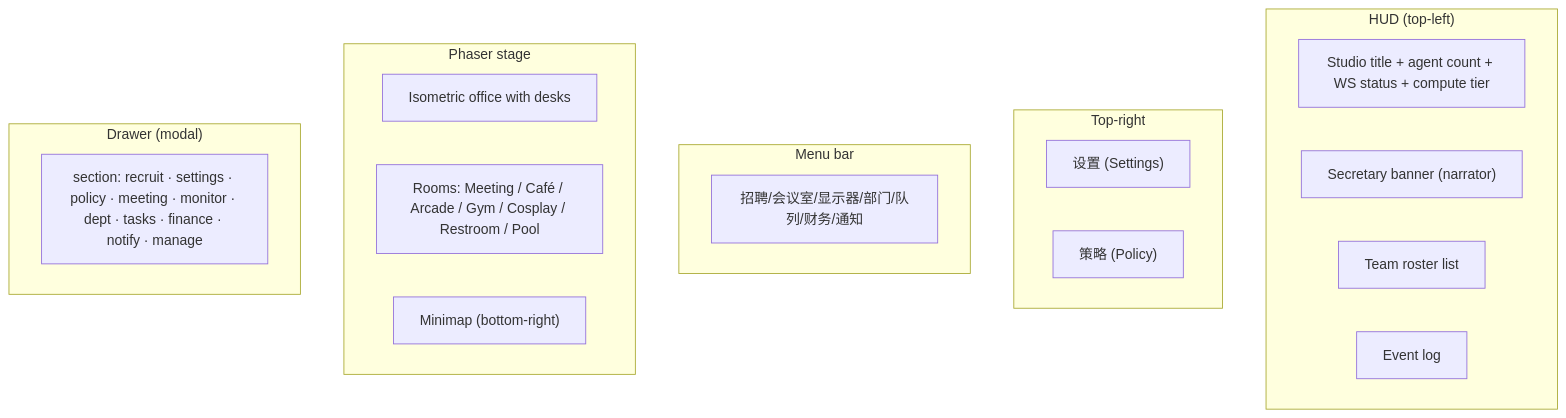
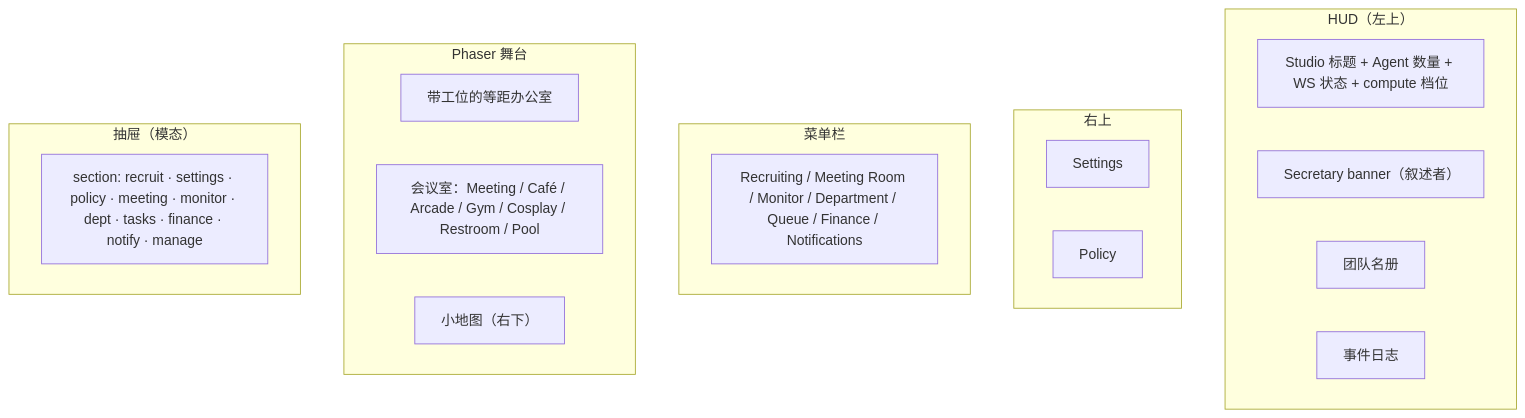
The first of 2 diagrams in docs-site/docs/02-studio-web.md (YeLuo45/AiGameAgent-design), drawn with Mermaid before and after one commit. The commit also changed other lines of this file and 16 other files, not shown here.

````diff
--- a/docs-site/docs/02-studio-web.md
+++ b/docs-site/docs/02-studio-web.md
@@ -9,28 +9,28 @@
 ```mermaid
 flowchart TB
-  subgraph HUD["HUD (top-left)"]
-    H1["Studio title + agent count + WS status + compute tier"]
-    H2["Secretary banner (narrator)"]
-    H3["Team roster list"]
-    H4["Event log"]
+  subgraph HUD["HUD（左上）"]
+    H1["Studio 标题 + Agent 数量 + WS 状态 + compute 档位"]
+    H2["Secretary banner（叙述者）"]
+    H3["团队名册"]
+    H4["事件日志"]
   end
 
-  subgraph TR["Top-right"]
-    TR1["设置 (Settings)"]
-    TR2["策略 (Policy)"]
+  subgraph TR["右上"]
+    TR1["Settings"]
+    TR2["Policy"]
   end
 
-  subgraph MB["Menu bar"]
-    MB1["招聘/会议室/显示器/部门/队列/财务/通知"]
+  subgraph MB["菜单栏"]
+    MB1["Recruiting / Meeting Room / Monitor / Department / Queue / Finance / Notifications"]
   end
 
-  subgraph Stage["Phaser stage"]
-    S1["Isometric office with desks"]
-    S2["Rooms: Meeting / Café / Arcade / Gym / Cosplay / Restroom / Pool"]
-    S3["Minimap (bottom-right)"]
+  subgraph Stage["Phaser 舞台"]
+    S1["带工位的等距办公室"]
+    S2["会议室：Meeting / Café / Arcade / Gym / Cosplay / Restroom / Pool"]
+    S3["小地图（右下）"]
   end
 
-  subgraph Drawer["Drawer (modal)"]
+  subgraph Drawer["抽屉（模态）"]
     D1["section: recruit · settings · policy · meeting · monitor · dept · tasks · finance · notify · manage"]
   end
 ```
````
